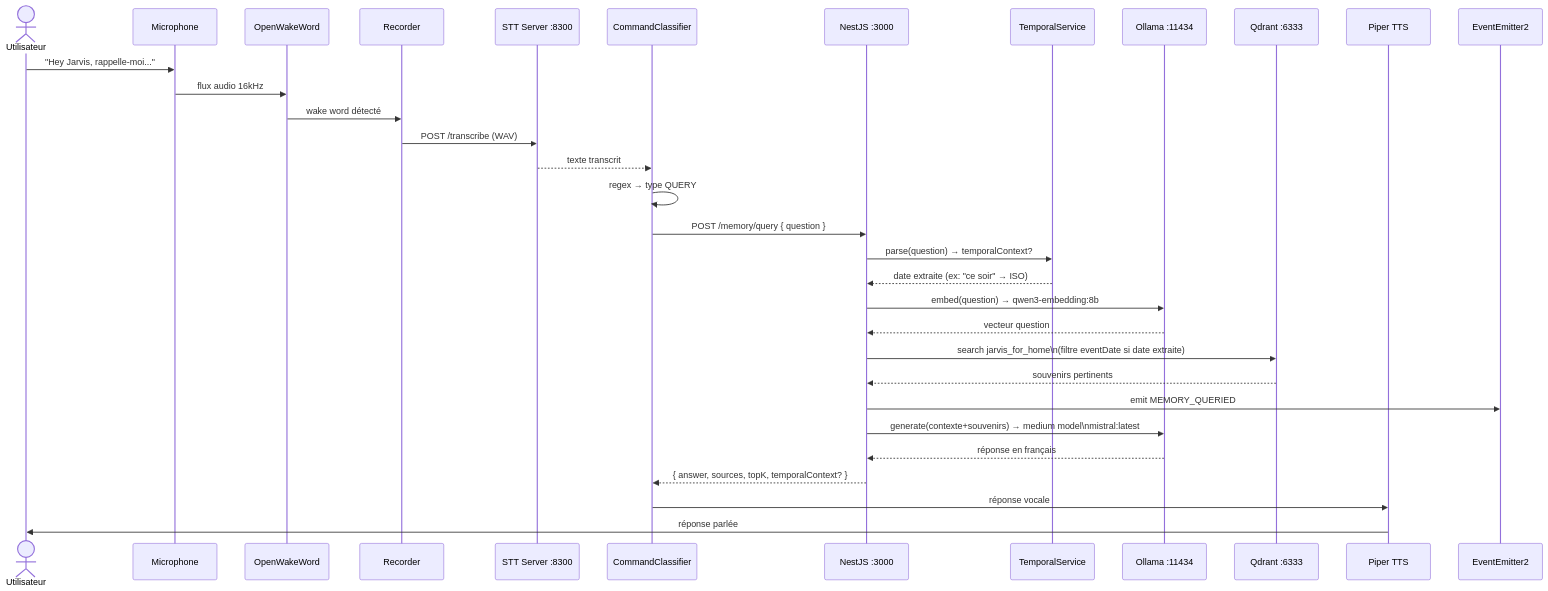
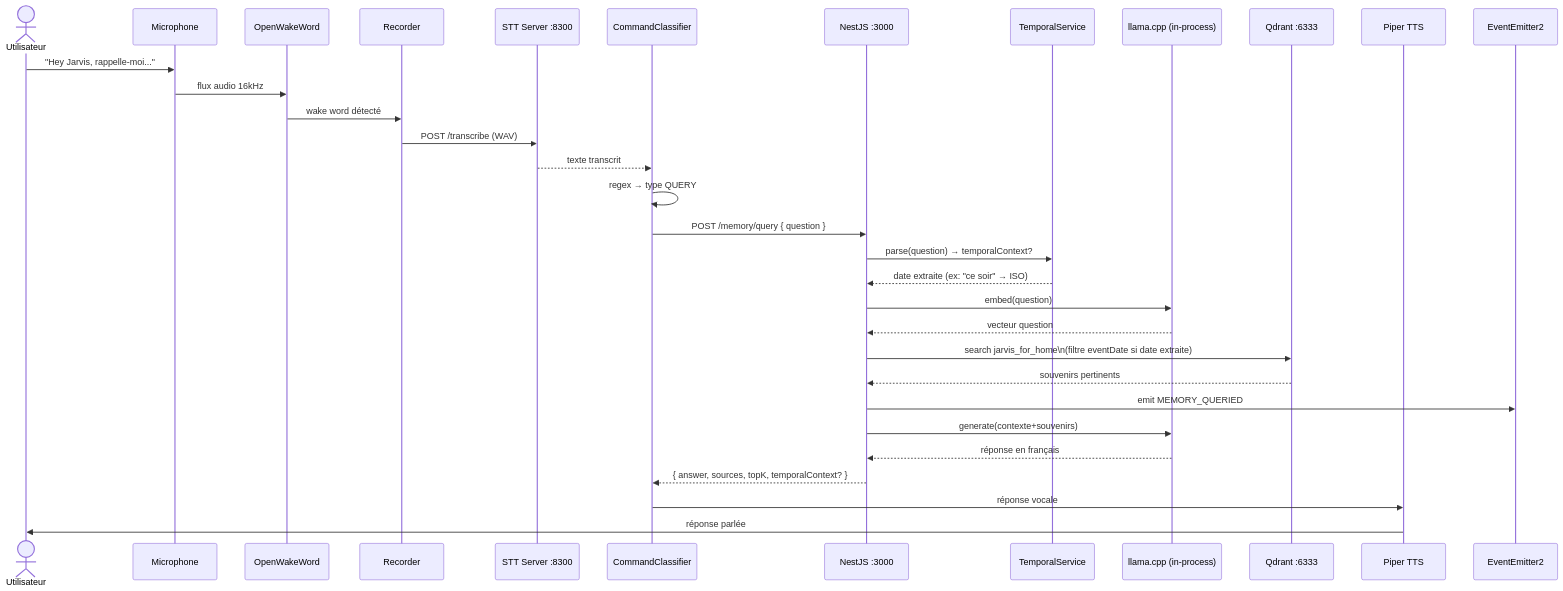
One commit to Yesub/jarvis-full-solution changed the fifth of 11 diagrams in plan/architecture-flows.md. Above: the diagram before and after it, drawn with Mermaid. The commit also changed other lines of this file and 21 other files, not shown here.

First line of the commit message:
feat: add monitoring scripts for llama.cpp and implement LlamaCpp module and service

````diff
--- a/plan/architecture-flows.md
+++ b/plan/architecture-flows.md
@@ -189,35 +187,35 @@
 ```mermaid
 sequenceDiagram
     actor User as Utilisateur
     participant Mic as Microphone
     participant OWW as OpenWakeWord
     participant Rec as Recorder
     participant STT as STT Server :8300
     participant CLS as CommandClassifier
     participant NestJS as NestJS :3000
     participant Temp as TemporalService
-    participant Ollama as Ollama :11434
+    participant LlamaCpp as llama.cpp (in-process)
     participant Qdrant as Qdrant :6333
     participant TTS as Piper TTS
     participant EventBus as EventEmitter2
 
     User->>Mic: "Hey Jarvis, rappelle-moi..."
     Mic->>OWW: flux audio 16kHz
     OWW->>Rec: wake word détecté
     Rec->>STT: POST /transcribe (WAV)
     STT-->>CLS: texte transcrit
     CLS->>CLS: regex → type QUERY
     CLS->>NestJS: POST /memory/query { question }
     NestJS->>Temp: parse(question) → temporalContext?
     Temp-->>NestJS: date extraite (ex: "ce soir" → ISO)
-    NestJS->>Ollama: embed(question) → qwen3-embedding:8b
-    Ollama-->>NestJS: vecteur question
+    NestJS->>LlamaCpp: embed(question)
+    LlamaCpp-->>NestJS: vecteur question
     NestJS->>Qdrant: search jarvis_for_home\n(filtre eventDate si date extraite)
     Qdrant-->>NestJS: souvenirs pertinents
     NestJS->>EventBus: emit MEMORY_QUERIED
-    NestJS->>Ollama: generate(contexte+souvenirs) → medium model\nmistral:latest
-    Ollama-->>NestJS: réponse en français
+    NestJS->>LlamaCpp: generate(contexte+souvenirs)
+    LlamaCpp-->>NestJS: réponse en français
     NestJS-->>CLS: { answer, sources, topK, temporalContext? }
     CLS->>TTS: réponse vocale
     TTS->>User: réponse parlée
 ```
````
